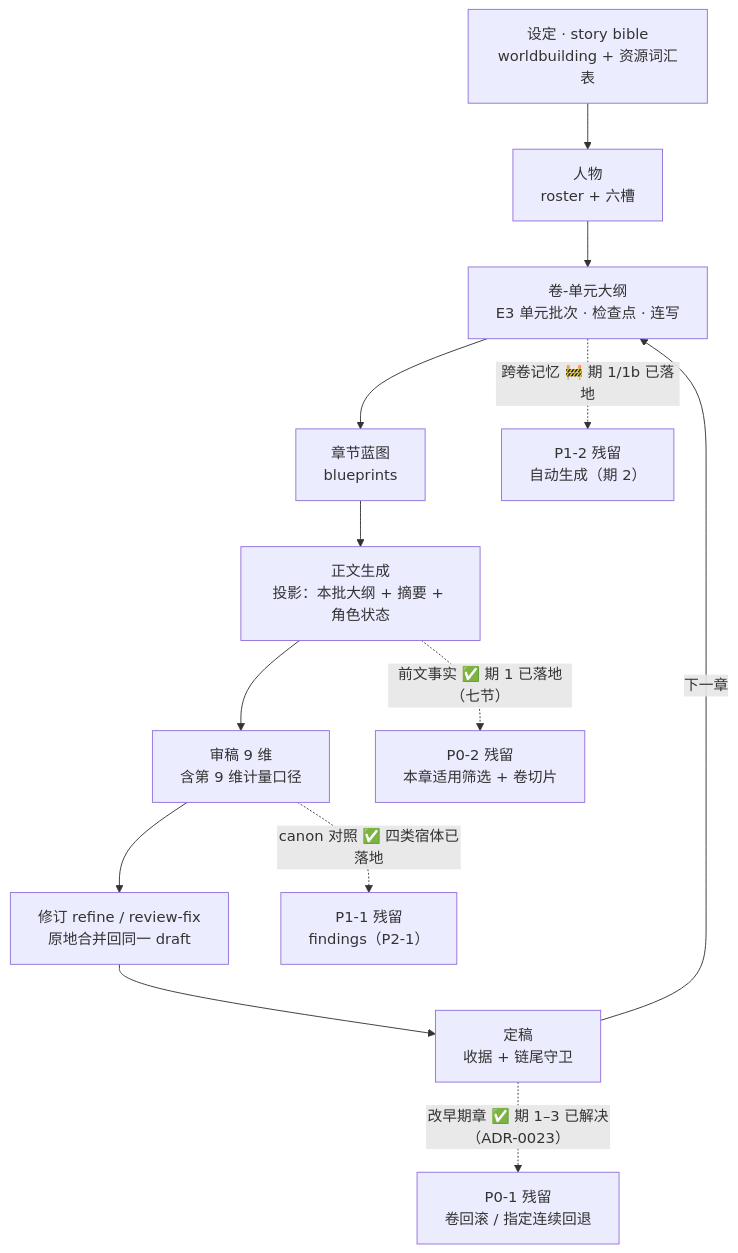
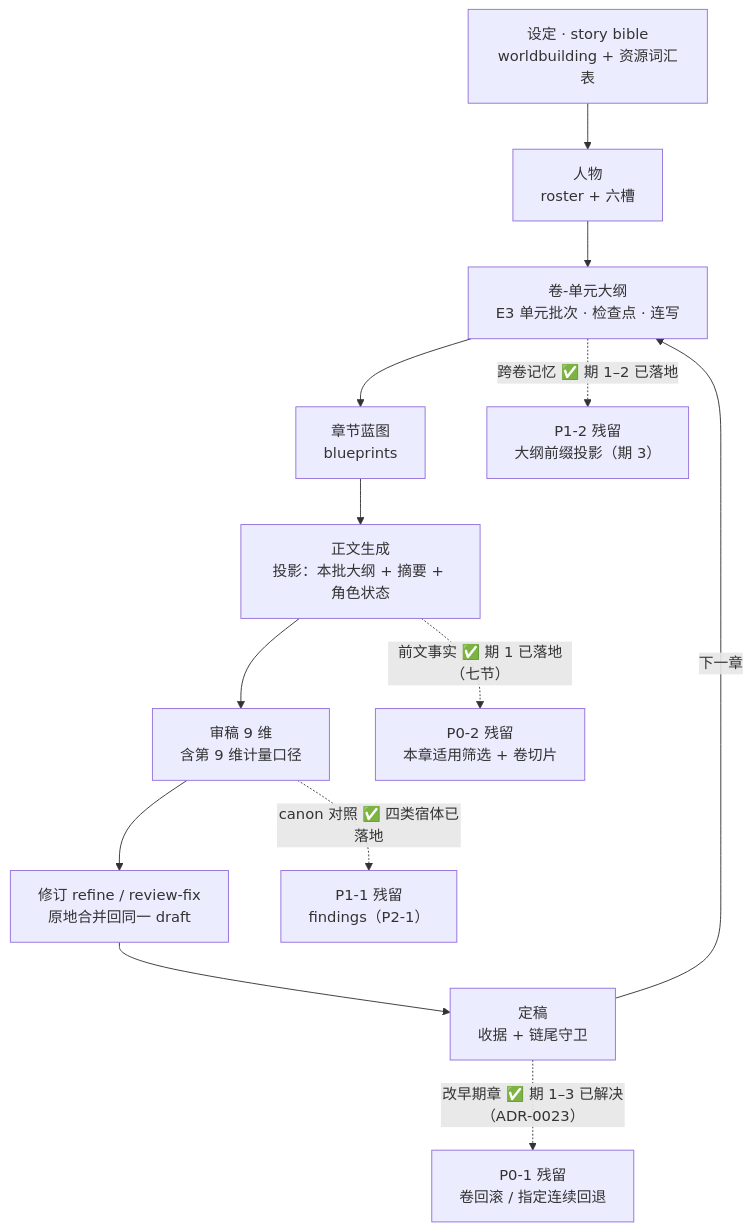
The diagram in docs/design/architecture/long-form-readiness-review.md (byfbaish/AI-Novel-Writer), drawn with Mermaid before and after one commit. The commit also changed other lines of this file and 16 other files, not shown here.

````diff
--- a/docs/design/architecture/long-form-readiness-review.md
+++ b/docs/design/architecture/long-form-readiness-review.md
@@ -38,15 +38,15 @@
 ```mermaid
 flowchart TD
   A["设定 · story bible<br/>worldbuilding + 资源词汇表"] --> B["人物<br/>roster + 六槽"]
   B --> C["卷-单元大纲<br/>E3 单元批次 · 检查点 · 连写"]
   C --> D["章节蓝图<br/>blueprints"]
   D --> E["正文生成<br/>投影：本批大纲 + 摘要 + 角色状态"]
   E --> F["审稿 9 维<br/>含第 9 维计量口径"]
   F --> G["修订 refine / review-fix<br/>原地合并回同一 draft"]
   G --> H["定稿<br/>收据 + 链尾守卫"]
   H -->|下一章| C
   H -.->|"改早期章 ✅ 期 1–3 已解决（ADR-0023）"| X1["P0-1 残留<br/>卷回滚 / 指定连续回退"]
   E -.->|"前文事实 ✅ 期 1 已落地（七节）"| X2["P0-2 残留<br/>本章适用筛选 + 卷切片"]
-  C -.->|"跨卷记忆 🚧 期 1/1b 已落地"| X3["P1-2 残留<br/>自动生成（期 2）"]
+  C -.->|"跨卷记忆 ✅ 期 1–2 已落地"| X3["P1-2 残留<br/>大纲前缀投影（期 3）"]
   F -.->|"canon 对照 ✅ 四类宿体已落地"| X4["P1-1 残留<br/>findings（P2-1）"]
 ```
````
